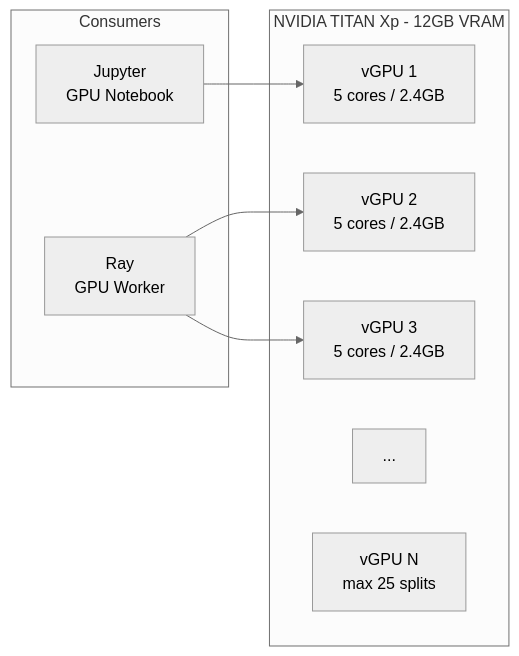
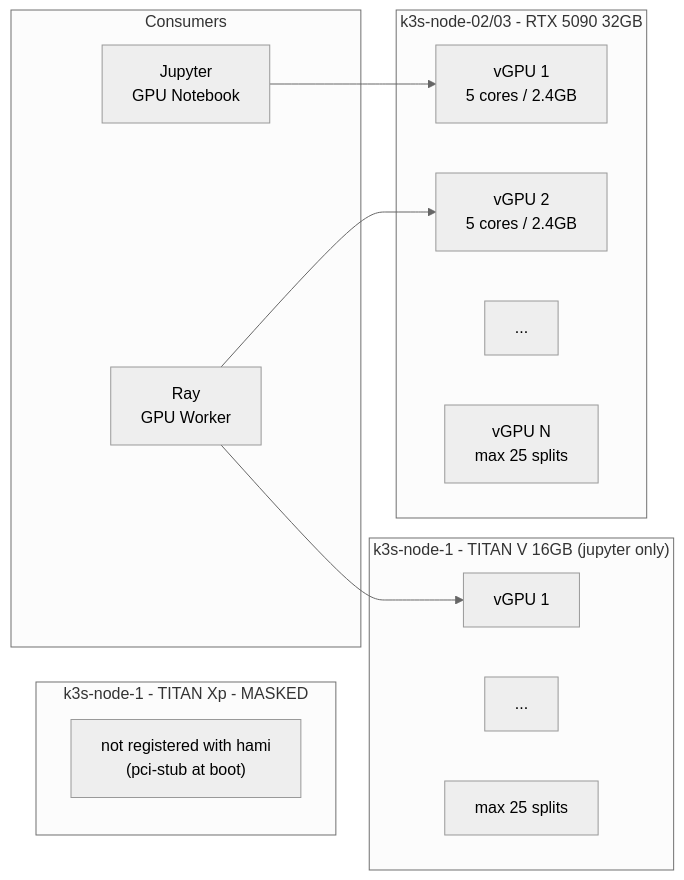
Before and after one commit to fmfi-dai-gpu-servers/compute-wiki: the second of 3 diagrams in gpu-stack.md, drawn with Mermaid (neutral theme). The commit also changed other lines of this file and 7 other files, not shown here.

First line of the commit message:
Document cu128 GPU platform, TITAN Xp masking, and 6-node cluster

````diff
--- a/gpu-stack.md
+++ b/gpu-stack.md
@@ -44,19 +44,28 @@
 ```mermaid
 flowchart LR
-    subgraph gpu["NVIDIA TITAN Xp - 12GB VRAM"]
+    subgraph gpu5["k3s-node-02/03 - RTX 5090 32GB"]
         vgpu1["vGPU 1\n5 cores / 2.4GB"]
         vgpu2["vGPU 2\n5 cores / 2.4GB"]
-        vgpu3["vGPU 3\n5 cores / 2.4GB"]
-        dots["..."]
-        vgpu25["vGPU N\nmax 25 splits"]
+        dots5["..."]
+        vgpu25a["vGPU N\nmax 25 splits"]
+    end
+    subgraph gpuV["k3s-node-1 - TITAN V 16GB (jupyter only)"]
+        vgV1["vGPU 1"]
+        dotsV["..."]
+        vgV25["max 25 splits"]
+    end
+    subgraph xpmask["k3s-node-1 - TITAN Xp - MASKED"]
+        XM["not registered with hami\n(pci-stub at boot)"]
     end
 
     subgraph consumers["Consumers"]
         JH["Jupyter\nGPU Notebook"]
         RAY["Ray\nGPU Worker"]
     end
 
     JH --> vgpu1
     RAY --> vgpu2
-    RAY --> vgpu3
+    RAY --> vgV1
+
+
 ```
````
